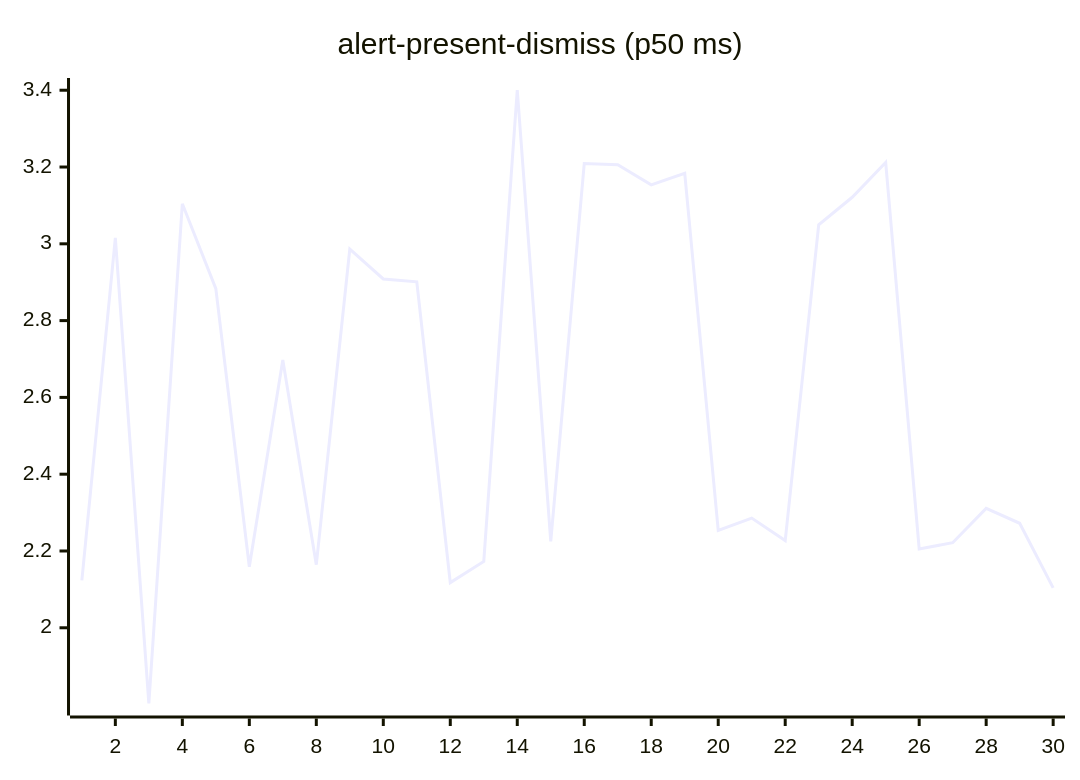
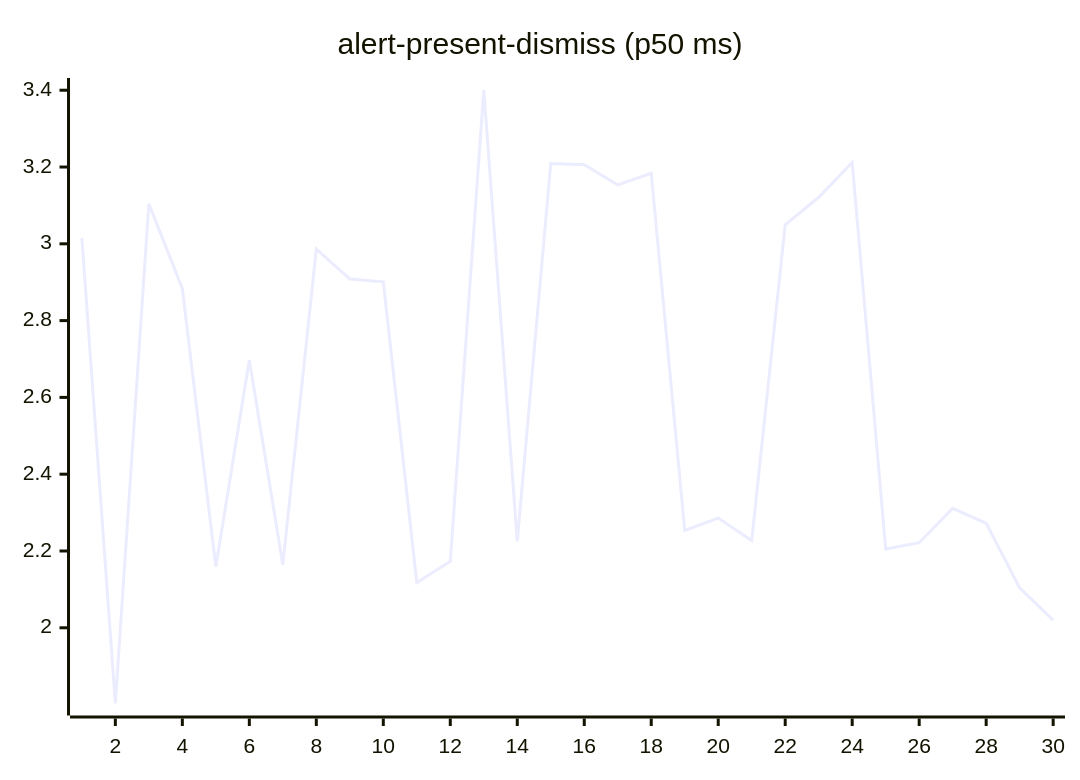
One commit to josha/Facet changed the second of 27 diagrams in README.md. Above: the diagram before and after it, drawn with Mermaid. The commit also changed other lines of this file and 2 other files, not shown here.

````diff
--- a/README.md
+++ b/README.md
@@ -70,6 +70,6 @@
 ```mermaid
 xychart-beta
     title "alert-present-dismiss (p50 ms)"
     x-axis 1 --> 30
-    line [2.1232, 3.0157, 1.8028, 3.1043, 2.8834, 2.1588, 2.6974, 2.1643, 2.9862, 2.9085, 2.9011, 2.1177, 2.1729, 3.4006, 2.2253, 3.2090, 3.2058, 3.1536, 3.1837, 2.2536, 2.2857, 2.2272, 3.0496, 3.1212, 3.2117, 2.2054, 2.2216, 2.3109, 2.2722, 2.1040]
+    line [3.0157, 1.8028, 3.1043, 2.8834, 2.1588, 2.6974, 2.1643, 2.9862, 2.9085, 2.9011, 2.1177, 2.1729, 3.4006, 2.2253, 3.2090, 3.2058, 3.1536, 3.1837, 2.2536, 2.2857, 2.2272, 3.0496, 3.1212, 3.2117, 2.2054, 2.2216, 2.3109, 2.2722, 2.1040, 2.0200]
 ```
````
